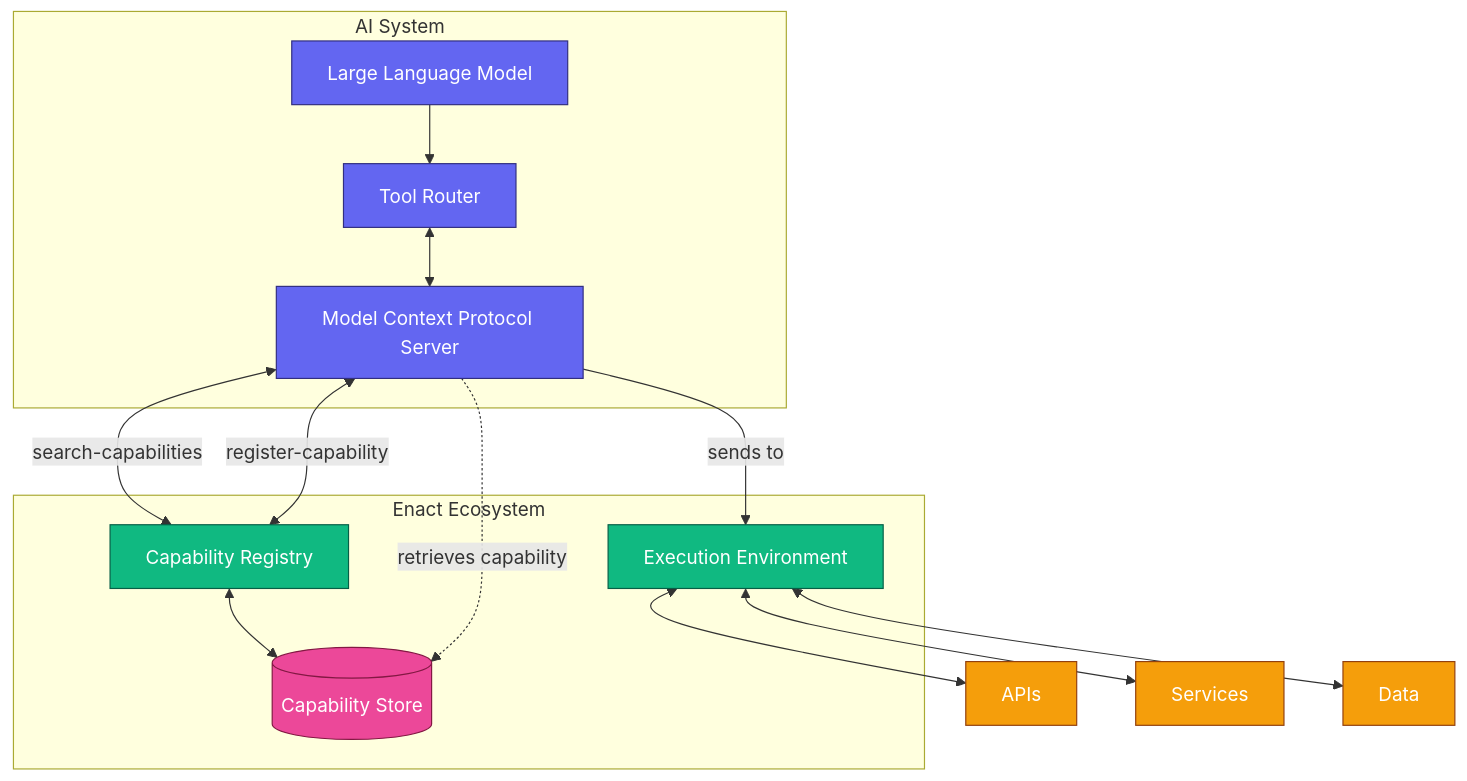
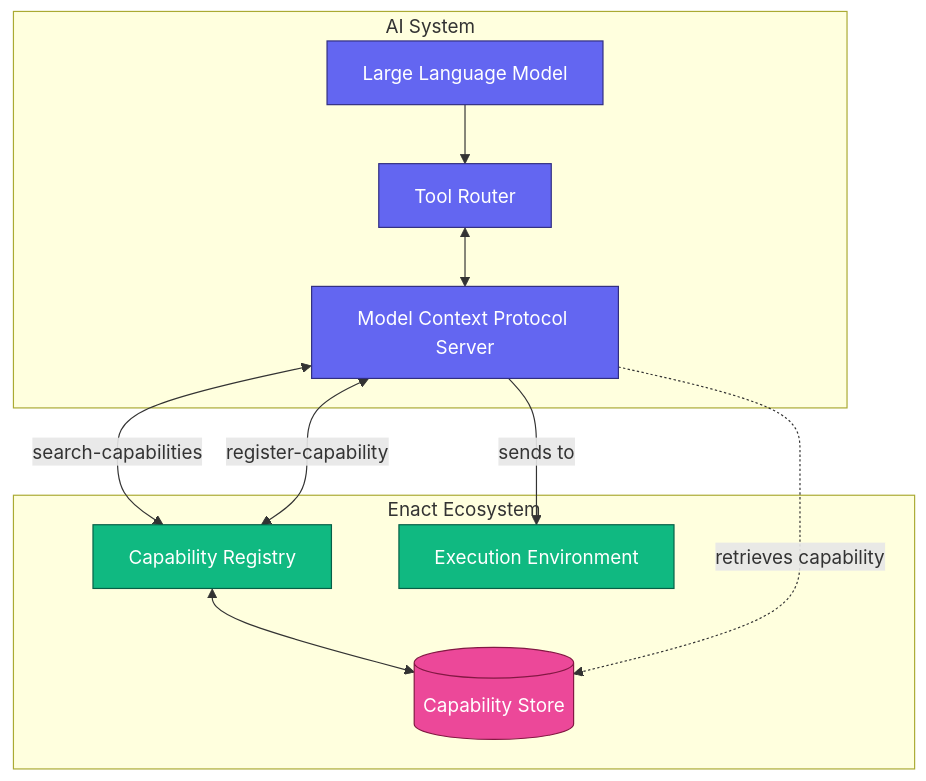
Before and after one commit to EnactProtocol/encat-spec-and-tools: the first of 2 diagrams in README.md, drawn with Mermaid.

Commit message:
update chart

````diff
--- a/README.md
+++ b/README.md
@@ -29,38 +29,34 @@
 ```mermaid
 flowchart TB
     subgraph "AI System"
         LLM[Large Language Model]
         ToolRouter[Tool Router]
         MCPServer[Model Context Protocol Server]
     end
     
     subgraph "Enact Ecosystem"
         Registry[Capability Registry]
         ExecEnv[Execution Environment]
         CapabilityStore[(Capability Store)]
     end
     
     LLM --> ToolRouter
     ToolRouter <--> MCPServer
     MCPServer <-->|search-capabilities| Registry
     MCPServer <-->|register-capability| Registry
     
     Registry <--> CapabilityStore
     
     MCPServer -.->|retrieves capability| CapabilityStore
     MCPServer -->|sends to| ExecEnv
     
-    ExecEnv <--> APIs
-    ExecEnv <--> Services
-    ExecEnv <--> Data
-    
     classDef ai fill:#6366F1,stroke:#312E81,stroke-width:1px,color:white
     classDef enact fill:#10B981,stroke:#065F46,stroke-width:1px,color:white
     classDef external fill:#F59E0B,stroke:#92400E,stroke-width:1px,color:white
     classDef data fill:#EC4899,stroke:#831843,stroke-width:1px,color:white
     
     class LLM,ToolRouter,MCPServer ai
     class Registry,Capabilities,ExecEnv enact
     class APIs,Services,Data external
     class CapabilityStore data
 ```
````
